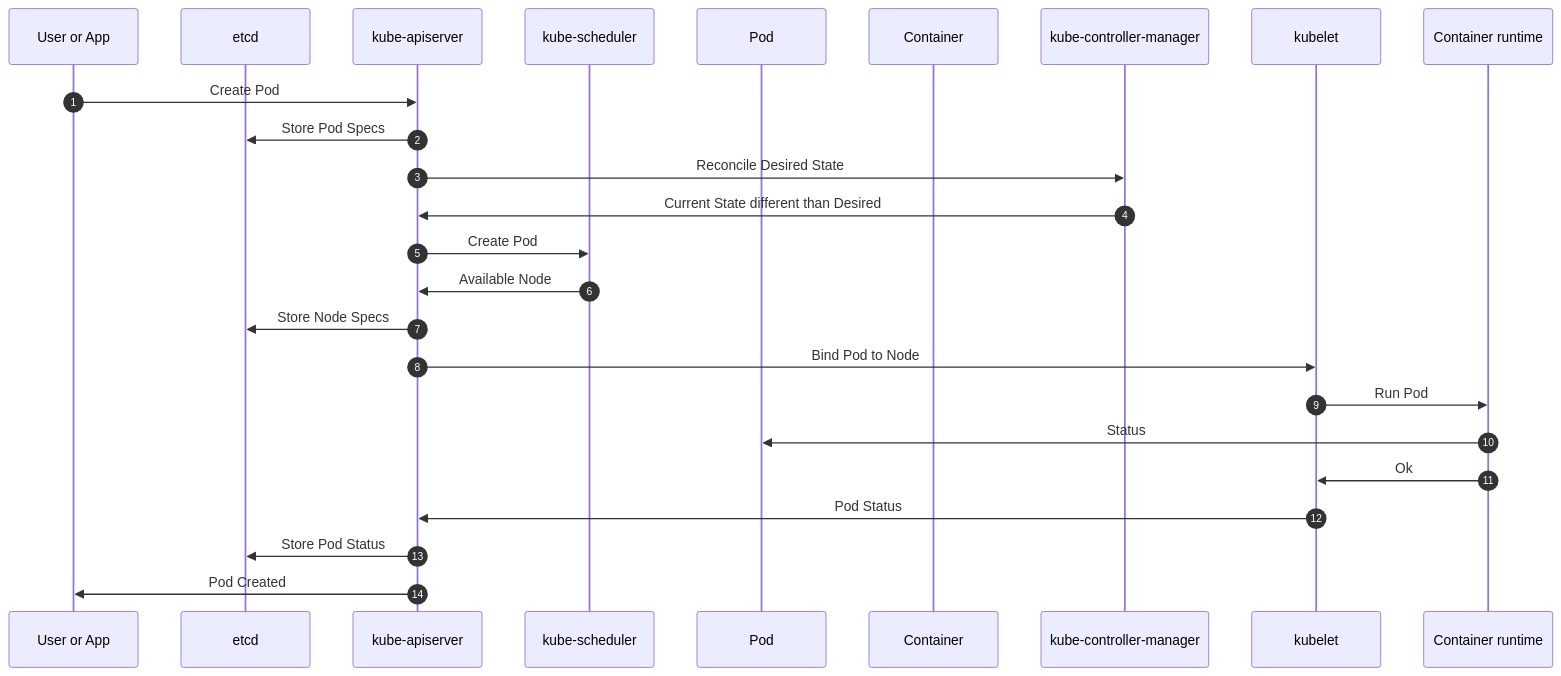
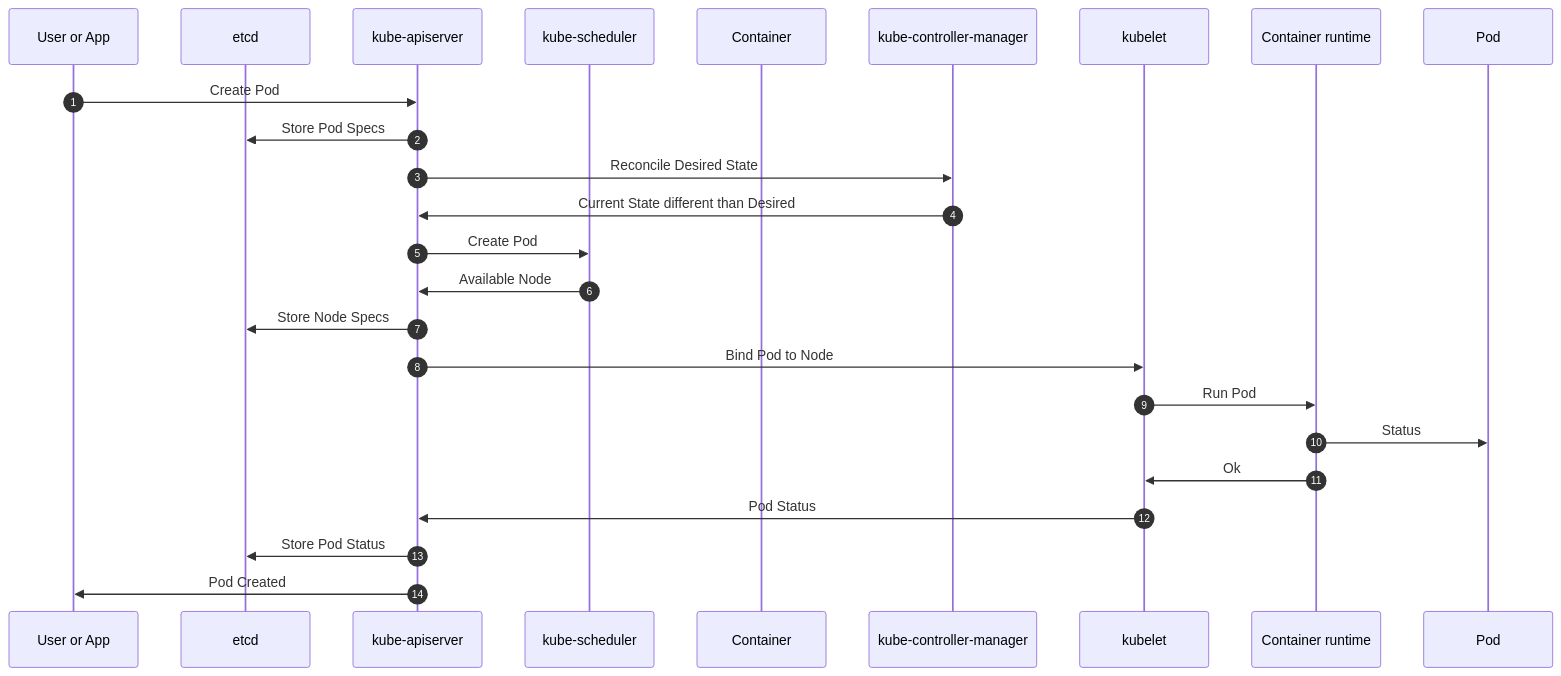
The diagram in ch01/example01/readme.md (PacktPublishing/Kubernetes-Secrets-Handbook), drawn with Mermaid before and after one commit. The commit also changed other lines of this file, not shown here.

````diff
--- a/ch01/example01/readme.md
+++ b/ch01/example01/readme.md
@@ -558,27 +558,27 @@
 ```mermaid
 sequenceDiagram
 participant User or App
 participant etcd
 participant kube-apiserver
 participant kube-scheduler
-participant Pod
 participant Container
 participant kube-controller-manager
 participant kubelet
 participant Container runtime
+participant Pod
 autonumber
   User or App->>kube-apiserver: Create Pod
   kube-apiserver->>etcd: Store Pod Specs
   kube-apiserver->>kube-controller-manager: Reconcile Desired State
   kube-controller-manager->>kube-apiserver: Current State different than Desired
   kube-apiserver->>kube-scheduler: Create Pod
   kube-scheduler->>kube-apiserver: Available Node
   kube-apiserver->>etcd: Store Node Specs
   kube-apiserver->>kubelet: Bind Pod to Node
   kubelet->>Container runtime: Run Pod
   Container runtime->>Pod: Status
   Container runtime->>kubelet: Ok
   kubelet->>kube-apiserver: Pod Status
   kube-apiserver->>etcd: Store Pod Status
   kube-apiserver->>User or App: Pod Created
 ```
````
